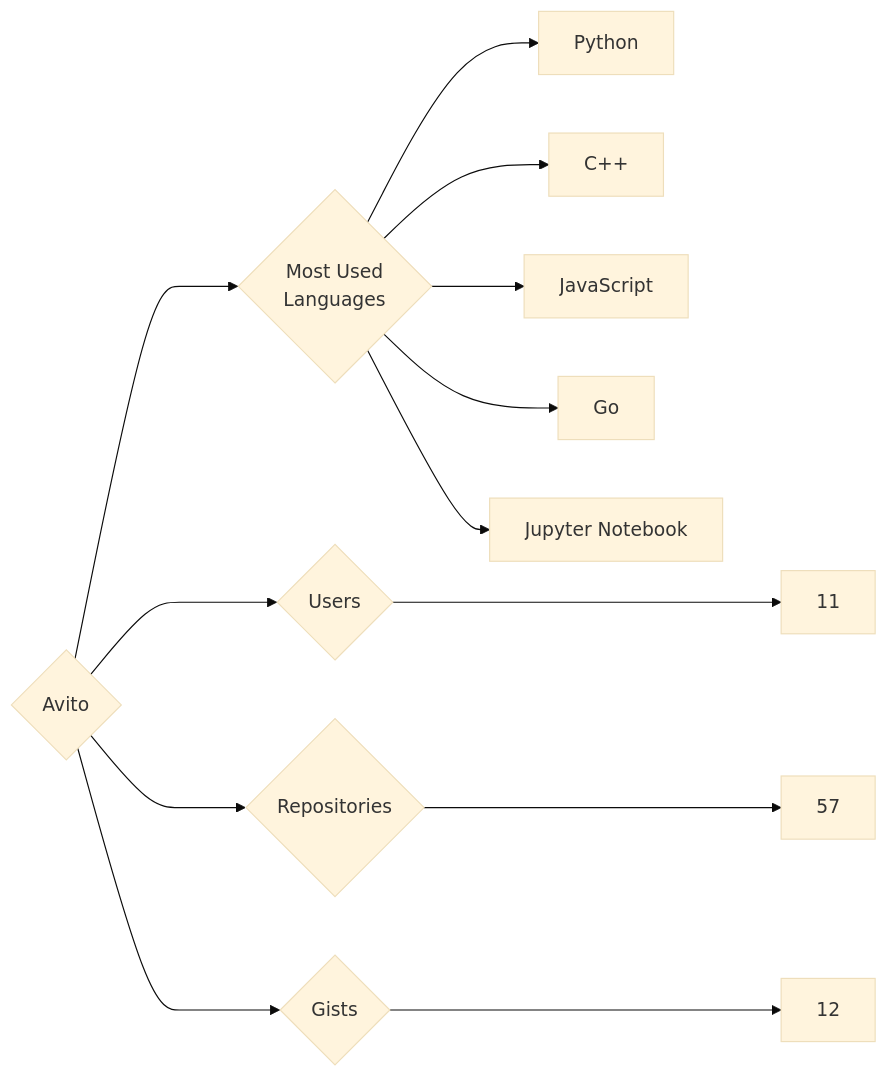
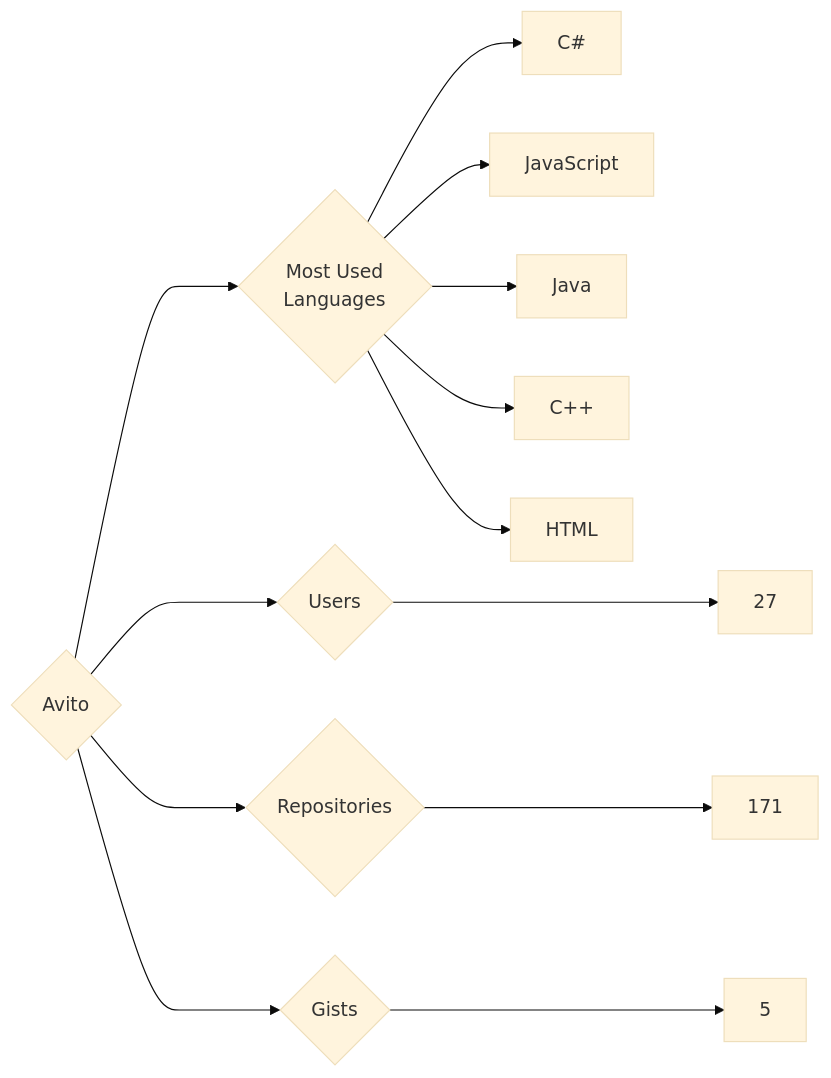
The diagram in targets/Avito/README.md (trickest/insiders), drawn with Mermaid (base theme) before and after one commit. The commit also changed 895 other files, not shown here.

````diff
--- a/targets/Avito/README.md
+++ b/targets/Avito/README.md
@@ -3,13 +3,13 @@
 ```mermaid
 graph LR
 COMPANY_NAME{Avito}
-COMPANY_NAME ---> U{Users} ---> UN[11]
-COMPANY_NAME ---> R{Repositories} ---> RN[57]
-COMPANY_NAME ---> G{Gists} ---> GN[12]
+COMPANY_NAME ---> U{Users} ---> UN[27]
+COMPANY_NAME ---> R{Repositories} ---> RN[171]
+COMPANY_NAME ---> G{Gists} ---> GN[5]
 COMPANY_NAME ---> ML{Most Used<br>Languages}
-ML --> Python[Python]
+ML --> C#[C#]
+ML --> JavaScript[JavaScript]
+ML --> Java[Java]
 ML --> C++[C++]
-ML --> JavaScript[JavaScript]
-ML --> Go[Go]
-ML --> Jupyter_Notebook[Jupyter Notebook]
+ML --> HTML[HTML]
 ```
````
